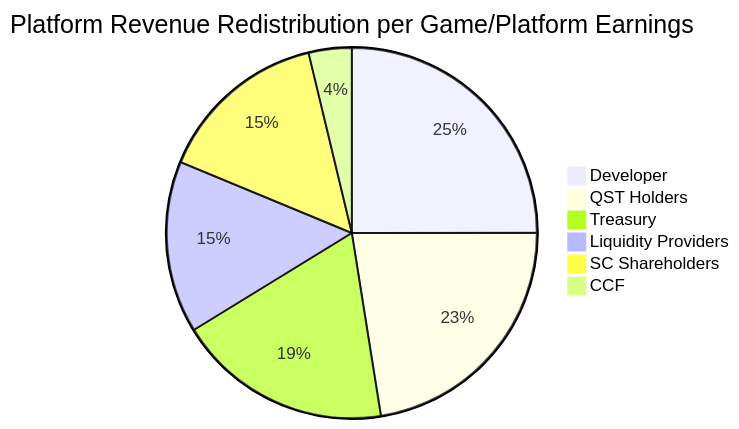
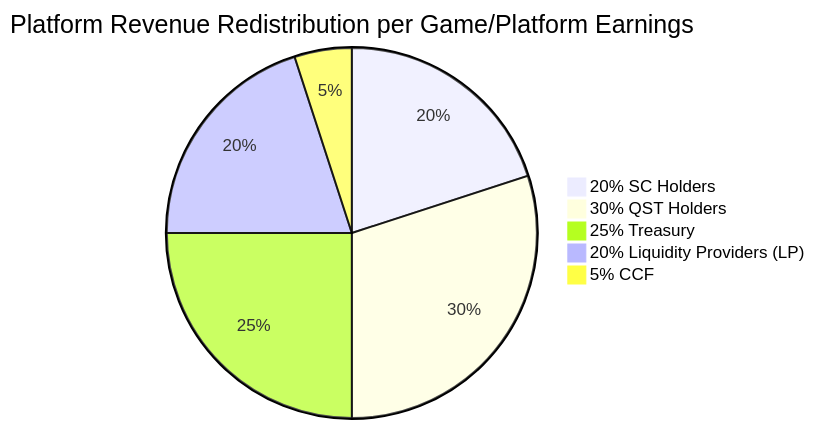
One commit to nineisten/qusino changed the second of 3 diagrams in README.md. Above: the diagram before and after it, drawn with Mermaid. The commit also changed other lines of this file, not shown here.

````diff
--- a/README.md
+++ b/README.md
@@ -54,9 +54,8 @@
 ```mermaid
 pie title Platform Revenue Redistribution per Game/Platform Earnings
-    "Developer" : 33.3
-    "QST Holders" : 30
-    "Treasury" : 25
-    "Liquidity Providers" : 20
-    "SC Shareholders" : 20
-    "CCF" : 5
+    "20% SC Holders" : 20
+    "30% QST Holders" : 30
+    "25% Treasury" : 25
+    "20% Liquidity Providers (LP)" : 20
+    "5% CCF" : 5
 ```
````
